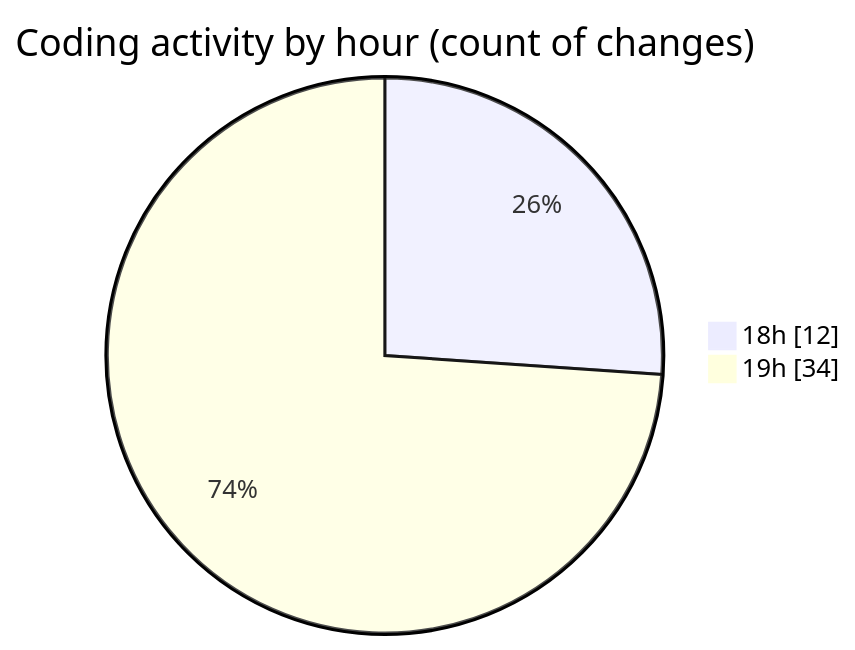
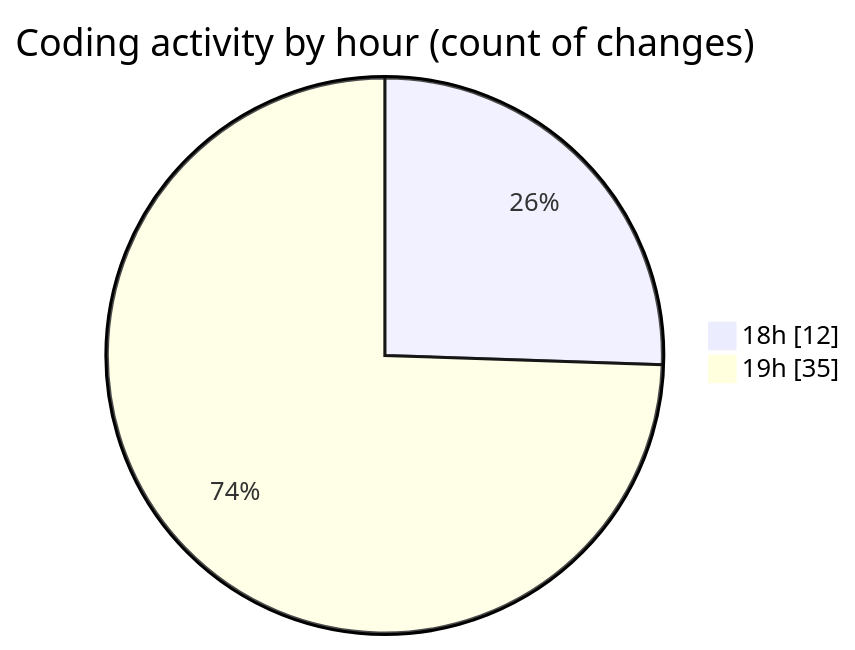
Before and after one commit to Elitesun/code-tracking: the second of 2 diagrams in 2025-05-15/laala_boost/README.md, drawn with Mermaid. The commit also changed other lines of this file and 1 other file, not shown here.

````diff
--- a/2025-05-15/laala_boost/README.md
+++ b/2025-05-15/laala_boost/README.md
@@ -43,6 +43,6 @@
 ```mermaid
 pie showData
 title Coding activity by hour (count of changes)
 "18h" : 12
-"19h" : 34
+"19h" : 35
 ```
````
